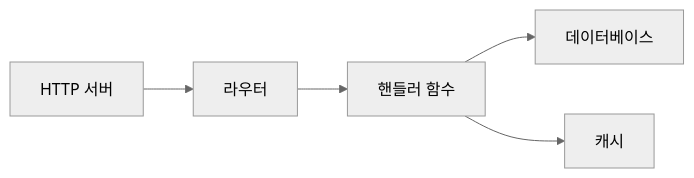
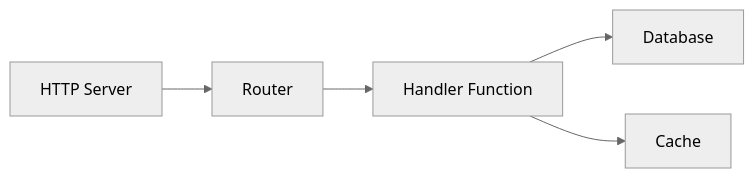
The first of 2 diagrams in ko/guides/supervision.md (wippyai/docs), drawn with Mermaid (neutral theme) before and after one commit. The commit also changed other lines of this file and 870 other files, not shown here.

````diff
--- a/ko/guides/supervision.md
+++ b/ko/guides/supervision.md
@@ -55,7 +58,7 @@
 ```mermaid
 graph LR
-    A[HTTP 서버] --> B[라우터]
-    B --> C[핸들러 함수]
-    C --> D[데이터베이스]
-    C --> E[캐시]
+    A[HTTP Server] --> B[Router]
+    B --> C[Handler Function]
+    C --> D[Database]
+    C --> E[Cache]
 ```
````
